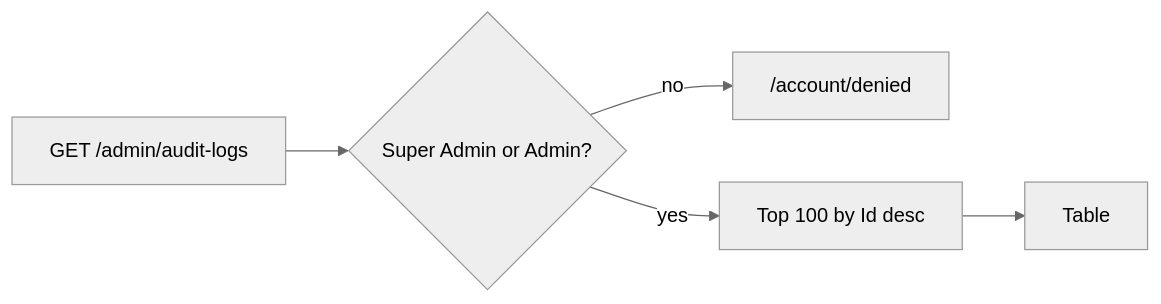
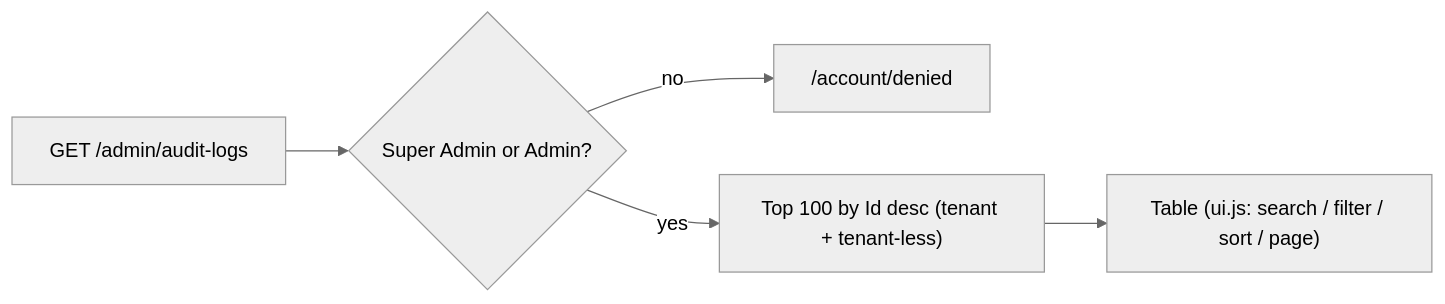
Before and after one commit to Albadit/DotNetForge: the diagram in .docs/pages/audit-logs.md, drawn with Mermaid (neutral theme). The commit also changed other lines of this file and 454 other files, not shown here.

````diff
--- a/.docs/pages/audit-logs.md
+++ b/.docs/pages/audit-logs.md
@@ -82,6 +115,6 @@
 ```mermaid
 flowchart LR
     A["GET /admin/audit-logs"] --> B{"Super Admin or Admin?"}
     B -- no --> D["/account/denied"]
-    B -- yes --> C["Top 100 by Id desc"] --> E[Table]
+    B -- yes --> C["Top 100 by Id desc (tenant + tenant-less)"] --> E["Table (ui.js: search / filter / sort / page)"]
 ```
````
